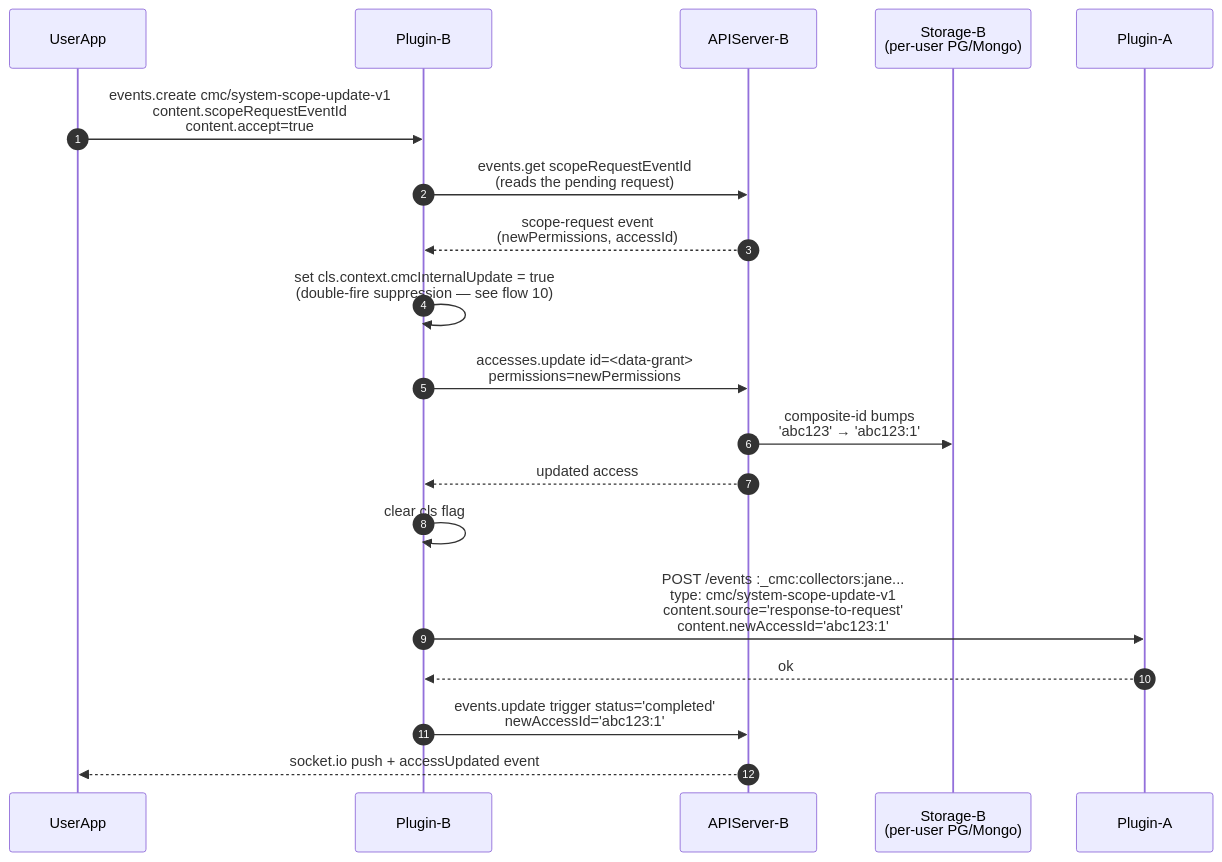
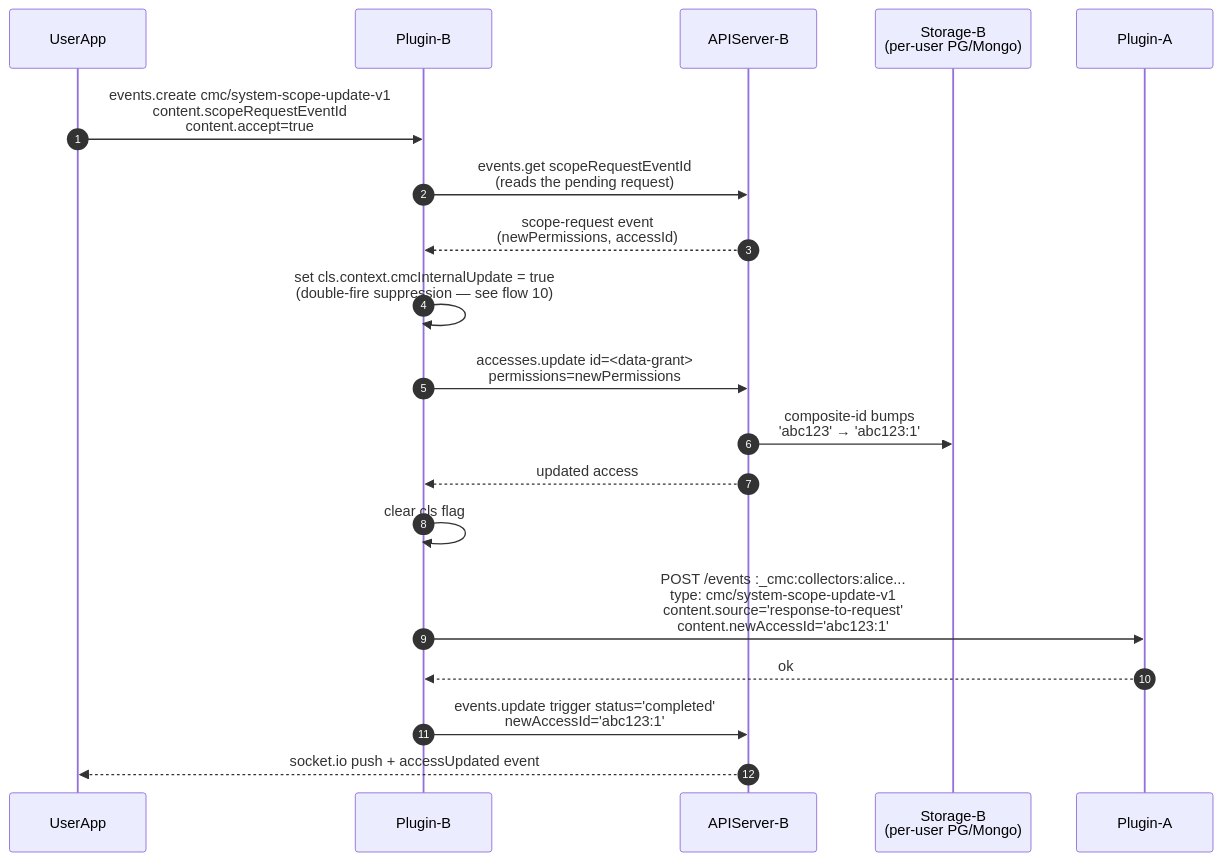
One commit to pryv/open-pryv.io changed the ninth of 14 diagrams in components/cmc/INTERNALS.md. Above: the diagram before and after it, drawn with Mermaid. The commit also changed other lines of this file and 20 other files, not shown here.

````diff
--- a/components/cmc/INTERNALS.md
+++ b/components/cmc/INTERNALS.md
@@ -386,22 +386,22 @@
 ```mermaid
 sequenceDiagram
     autonumber
     participant UserApp
     participant Plugin as Plugin-B
     participant APIServer as APIServer-B
     participant Storage as Storage-B<br/>(per-user PG/Mongo)
     participant Peer as Plugin-A
 
     UserApp->>Plugin: events.create cmc/system-scope-update-v1<br/>content.scopeRequestEventId<br/>content.accept=true
     Plugin->>APIServer: events.get scopeRequestEventId<br/>(reads the pending request)
     APIServer-->>Plugin: scope-request event<br/>(newPermissions, accessId)
     Plugin->>Plugin: set cls.context.cmcInternalUpdate = true<br/>(double-fire suppression — see flow 10)
     Plugin->>APIServer: accesses.update id=<data-grant><br/>permissions=newPermissions
     APIServer->>Storage: composite-id bumps<br/>'abc123' → 'abc123:1'
     APIServer-->>Plugin: updated access
     Plugin->>Plugin: clear cls flag
-    Plugin->>Peer: POST /events :_cmc:collectors:jane...<br/>type: cmc/system-scope-update-v1<br/>content.source='response-to-request'<br/>content.newAccessId='abc123:1'
+    Plugin->>Peer: POST /events :_cmc:collectors:alice...<br/>type: cmc/system-scope-update-v1<br/>content.source='response-to-request'<br/>content.newAccessId='abc123:1'
     Peer-->>Plugin: ok
     Plugin->>APIServer: events.update trigger status='completed'<br/>newAccessId='abc123:1'
     APIServer-->>UserApp: socket.io push + accessUpdated event
 ```
````
